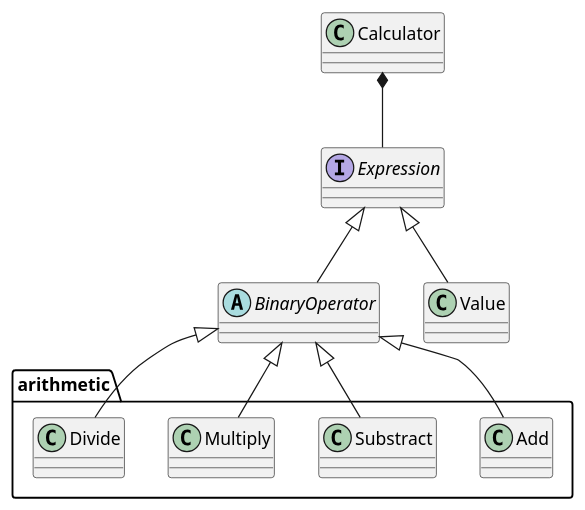
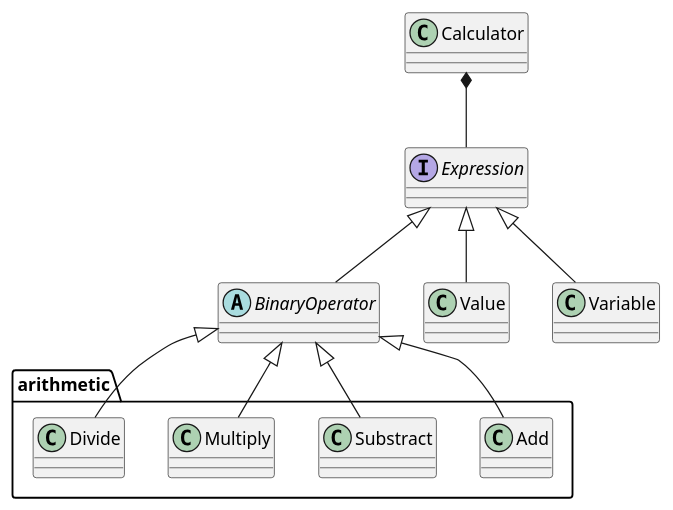
One commit to ue-sho/Calculator changed the diagram in doc/class_diagram.pu. Above: the diagram before and after it, drawn with PlantUML. The commit also changed 5 other files, not shown here.

```diff
--- a/doc/class_diagram.pu
+++ b/doc/class_diagram.pu
@@ -1,14 +1,15 @@
 @startuml class
 interface Expression
 abstract BinaryOperator
 
 Calculator *-- Expression
 Expression <|-- BinaryOperator
 Expression <|-- Value
+Expression <|-- Variable
 package arithmetic {
     BinaryOperator <|-- Add
     BinaryOperator <|-- Substract
     BinaryOperator <|-- Multiply
     BinaryOperator <|-- Divide
 }
 @enduml
```
